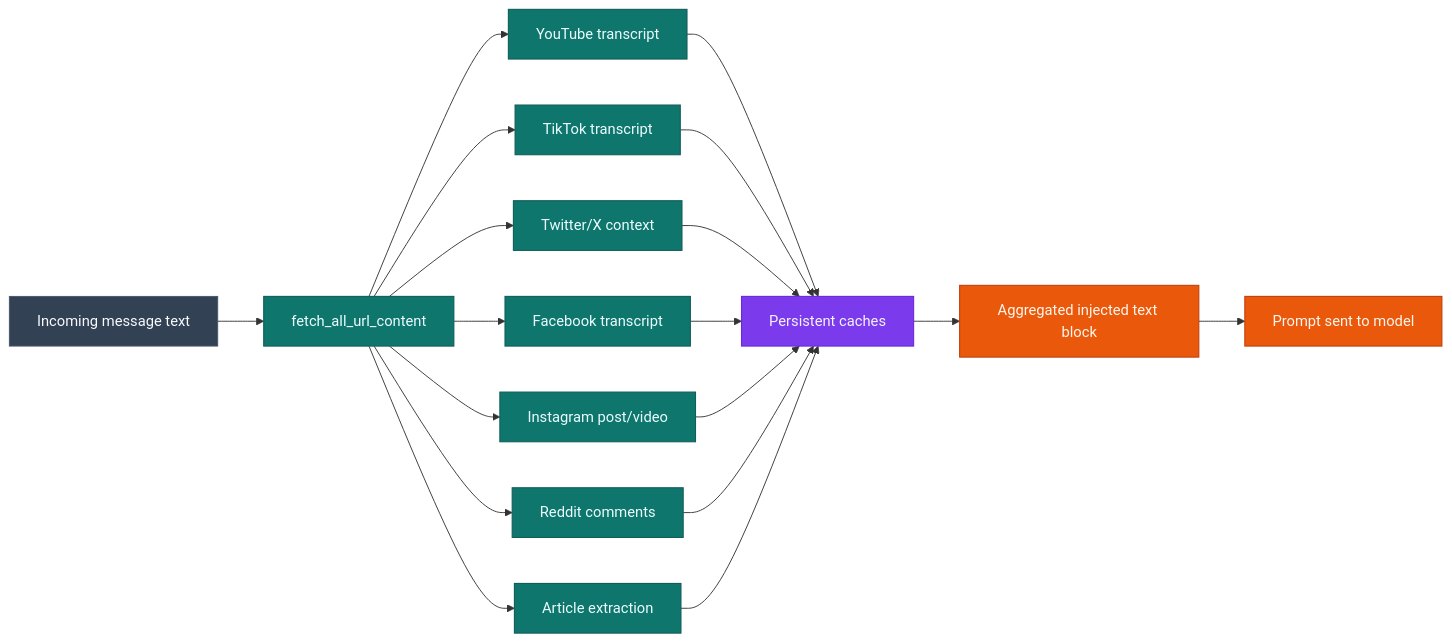
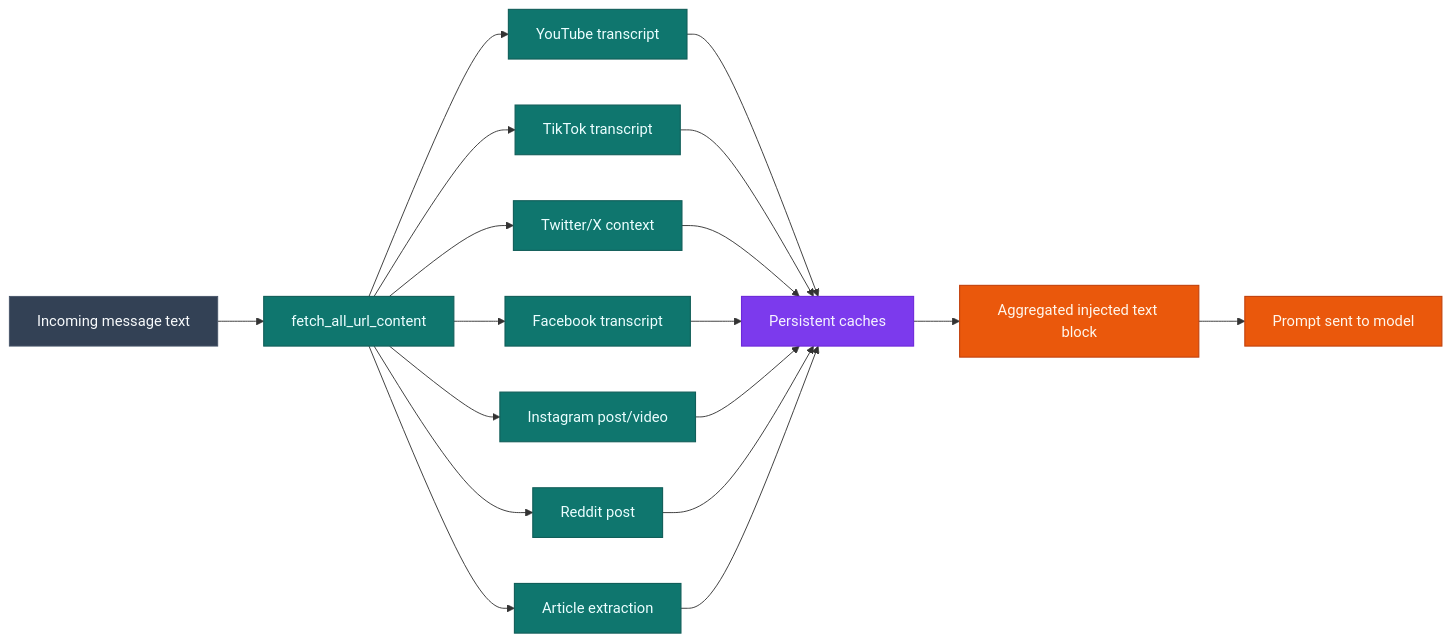
One commit to jobeus/cmwgpt changed the fourth of 5 diagrams in docs/architecture.md. Above: the diagram before and after it, drawn with Mermaid. The commit also changed other lines of this file and 8 other files, not shown here.

First line of the commit message:
fix(reddit): fetch post details instead of the comment thread

````diff
--- a/docs/architecture.md
+++ b/docs/architecture.md
@@ -253,27 +253,27 @@
 ```mermaid
 flowchart LR
     classDef in fill:#334155,color:#f8fafc,stroke:#475569,stroke-width:1px;
     classDef src fill:#0f766e,color:#ecfeff,stroke:#115e59,stroke-width:1.2px;
     classDef cache fill:#7c3aed,color:#f5f3ff,stroke:#6d28d9,stroke-width:1.2px;
     classDef out fill:#ea580c,color:#fff7ed,stroke:#c2410c,stroke-width:1.2px;
 
     Msg[Incoming message text]:::in --> Discover[fetch_all_url_content]:::src
     Discover --> YT[YouTube transcript]:::src
     Discover --> TT[TikTok transcript]:::src
     Discover --> TW[Twitter/X context]:::src
     Discover --> FB[Facebook transcript]:::src
     Discover --> IG[Instagram post/video]:::src
-    Discover --> RD[Reddit comments]:::src
+    Discover --> RD[Reddit post]:::src
     Discover --> AR[Article extraction]:::src
 
     YT --> Cache[Persistent caches]:::cache
     TT --> Cache
     TW --> Cache
     FB --> Cache
     IG --> Cache
     RD --> Cache
     AR --> Cache
 
     Cache --> Aggregate[Aggregated injected text block]:::out
     Aggregate --> Prompt[Prompt sent to model]:::out
 ```
````
